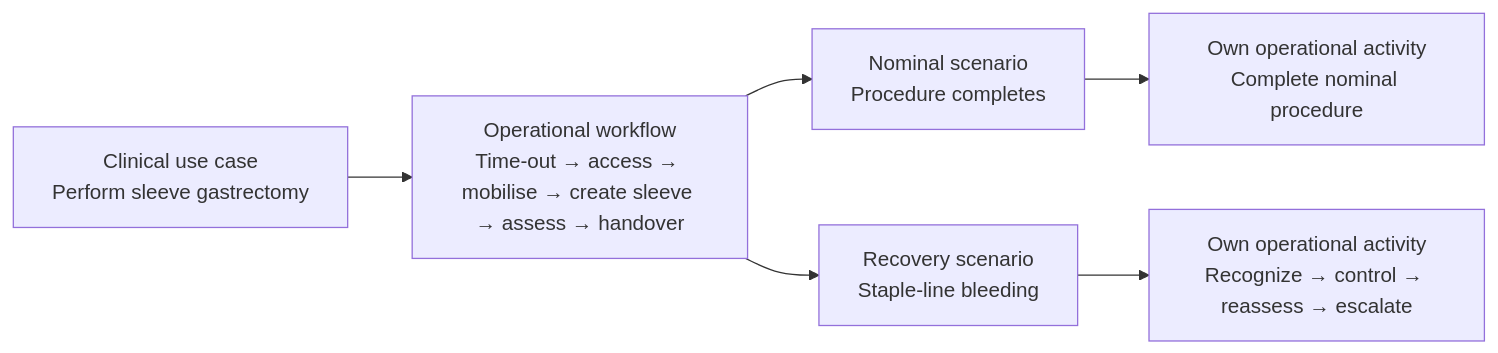
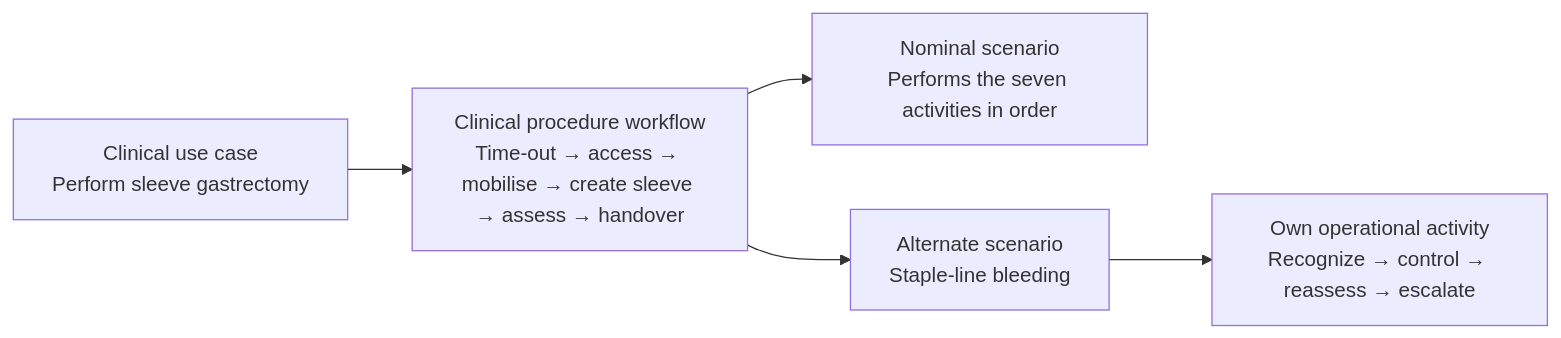
The diagram in docs/examples/surgical-closure-workflow.md (memoarchitect/memo), drawn with Mermaid before and after one commit. The commit also changed other lines of this file and 96 other files, not shown here.

````diff
--- a/docs/examples/surgical-closure-workflow.md
+++ b/docs/examples/surgical-closure-workflow.md
@@ -8,8 +8,7 @@
 ```mermaid
 flowchart LR
-    U["Clinical use case\nPerform sleeve gastrectomy"] --> W["Operational workflow\nTime-out → access → mobilise → create sleeve → assess → handover"]
-    W --> N["Nominal scenario\nProcedure completes"]
-    W --> R["Recovery scenario\nStaple-line bleeding"]
-    N --> NA["Own operational activity\nComplete nominal procedure"]
+    U["Clinical use case\nPerform sleeve gastrectomy"] --> W["Clinical procedure workflow\nTime-out → access → mobilise → create sleeve → assess → handover"]
+    W --> N["Nominal scenario\nPerforms the seven activities in order"]
+    W --> R["Alternate scenario\nStaple-line bleeding"]
     R --> RA["Own operational activity\nRecognize → control → reassess → escalate"]
 ```
````
